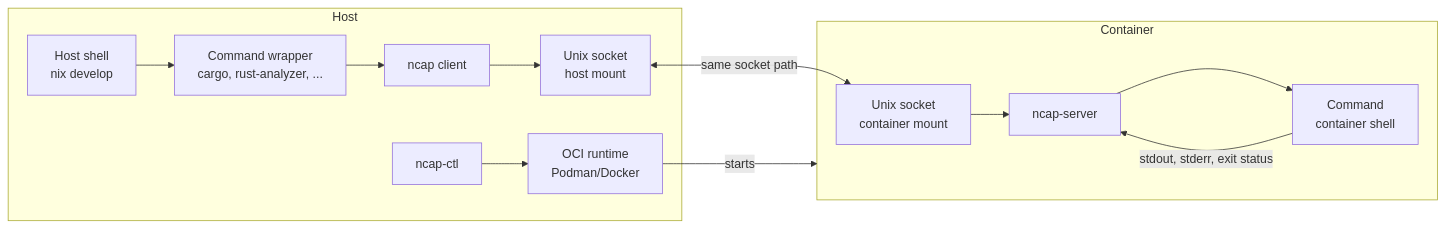
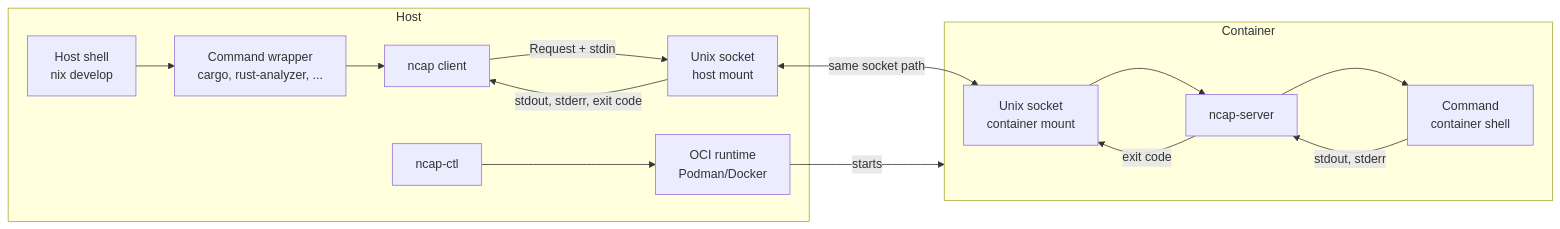
The diagram in README.md (hexrustox/nix-capsule), drawn with Mermaid before and after one commit.

````diff
--- a/README.md
+++ b/README.md
@@ -10,26 +10,29 @@
 ```mermaid
 flowchart LR
     subgraph HOST["Host"]
         H["Host shell<br/>nix develop"]
         W["Command wrapper<br/>cargo, rust-analyzer, ..."]
         C["ncap client"]
         HS["Unix socket<br/>host mount"]
         CTL["ncap-ctl"]
         RT["OCI runtime<br/>Podman/Docker"]
 
-        H --> W --> C --> HS
+        H --> W --> C
+        C -->|"Request + stdin"| HS
+        HS -->|"stdout, stderr, exit code"| C
         CTL --> RT
     end
 
     subgraph CONTAINER["Container"]
         CS["Unix socket<br/>container mount"]
         S["ncap-server"]
         T["Command<br/>container shell"]
 
         CS --> S --> T
-        T -->|stdout, stderr, exit status| S
+        T -->|"stdout, stderr"| S
+        S -->|"exit code"| CS
     end
 
     HS <-->|"same socket path"| CS
     RT -->|starts| CONTAINER
 ```
````
